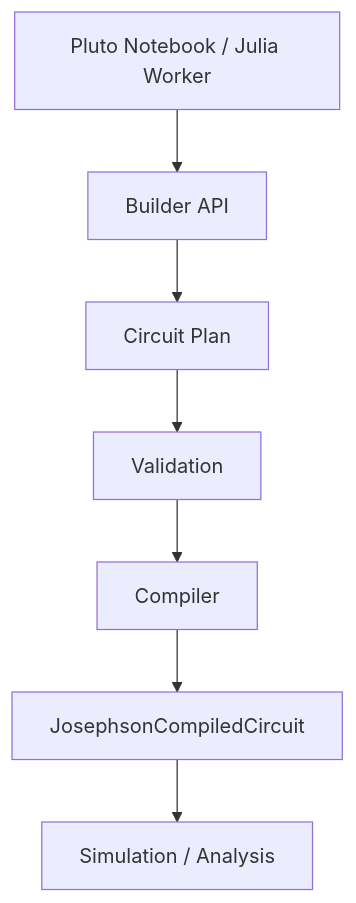
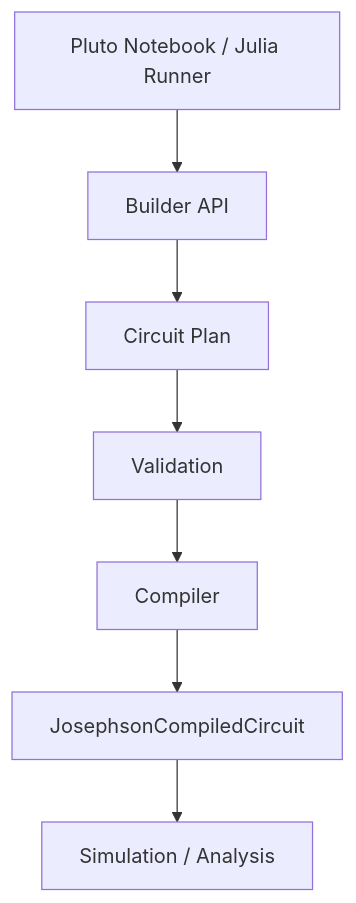
The diagram in docs/reference/julia-core/index.md (arfiligol/superconducting-circuits-research-workbench), drawn with Mermaid before and after one commit. The commit also changed other lines of this file and 12 other files, not shown here.

````diff
--- a/docs/reference/julia-core/index.md
+++ b/docs/reference/julia-core/index.md
@@ -57,9 +65,9 @@
 ```mermaid
 flowchart TD
-    Caller["Pluto Notebook / Julia Worker"] --> Builder["Builder API"]
+    Caller["Pluto Notebook / Julia Runner"] --> Builder["Builder API"]
     Builder --> Plan["Circuit Plan"]
     Plan --> Validation["Validation"]
     Validation --> Compiler["Compiler"]
     Compiler --> Compiled["JosephsonCompiledCircuit"]
     Compiled --> Simulation["Simulation / Analysis"]
 ```
````
